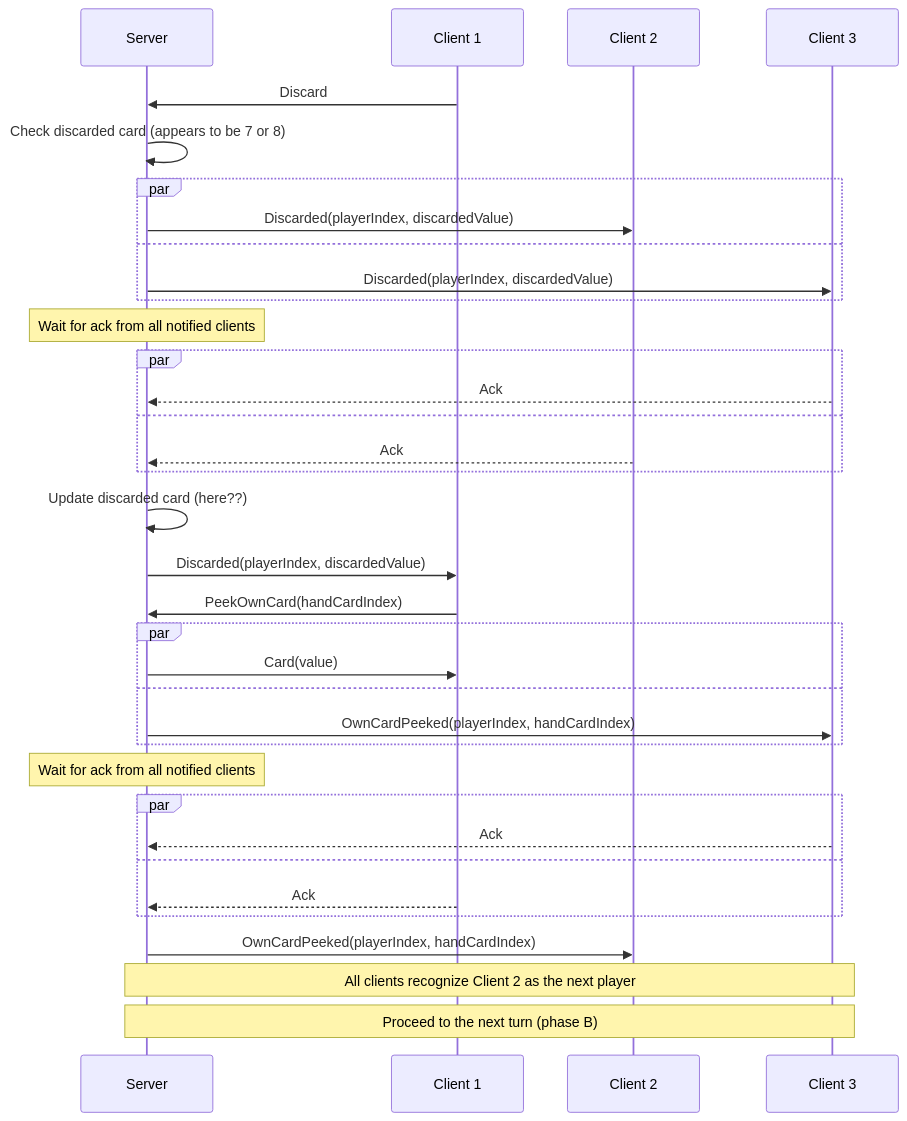
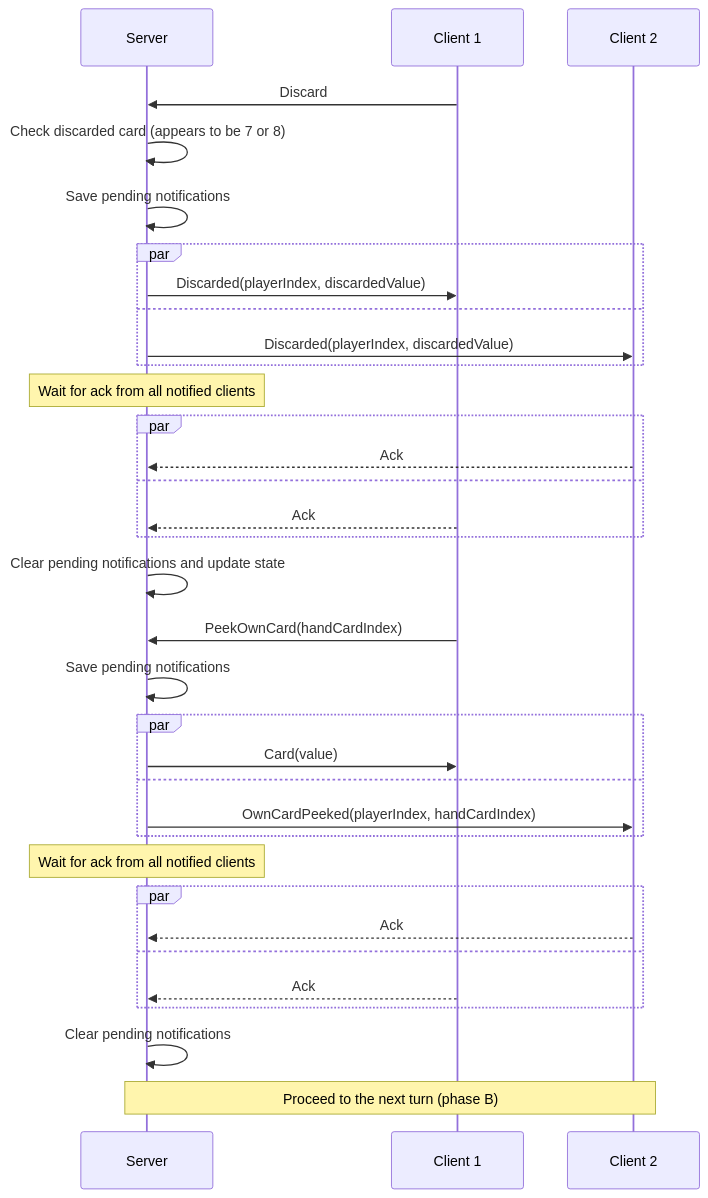
Before and after one commit to roman-zubarevich/another: the tenth of 14 diagrams in README.md, drawn with Mermaid. The commit also changed other lines of this file, not shown here.

````diff
--- a/README.md
+++ b/README.md
@@ -230,37 +232,36 @@
 ```mermaid
 sequenceDiagram
     participant S as Server
     participant C1 as Client 1
     participant C2 as Client 2
-    participant C3 as Client 3
     C1->>S: Discard
     S->>S: Check discarded card (appears to be 7 or 8)
+    S->>S: Save pending notifications
     par
+        S->>C1: Discarded(playerIndex, discardedValue)
+    and
         S->>C2: Discarded(playerIndex, discardedValue)
-    and
-        S->>C3: Discarded(playerIndex, discardedValue)
     end
     Note over S: Wait for ack from all notified clients
     par
-        C3-->>S: Ack
+        C2-->>S: Ack
     and
-        C2-->>S: Ack
+        C1-->>S: Ack
     end
-    S->>S: Update discarded card (here??)
-    S->>C1: Discarded(playerIndex, discardedValue)
+    S->>S: Clear pending notifications and update state
     C1->>S: PeekOwnCard(handCardIndex)
+    S->>S: Save pending notifications
     par
         S->>C1: Card(value)
     and
-        S->>C3: OwnCardPeeked(playerIndex, handCardIndex)
+        S->>C2: OwnCardPeeked(playerIndex, handCardIndex)
     end
     Note over S: Wait for ack from all notified clients
     par
-        C3-->>S: Ack
+        C2-->>S: Ack
     and
         C1-->>S: Ack
     end
-    S->>C2: OwnCardPeeked(playerIndex, handCardIndex)
-    Note over S,C3: All clients recognize Client 2 as the next player
-    Note over S,C3: Proceed to the next turn (phase B)
+    S->>S: Clear pending notifications
+    Note over S,C2: Proceed to the next turn (phase B)
 ```
````
